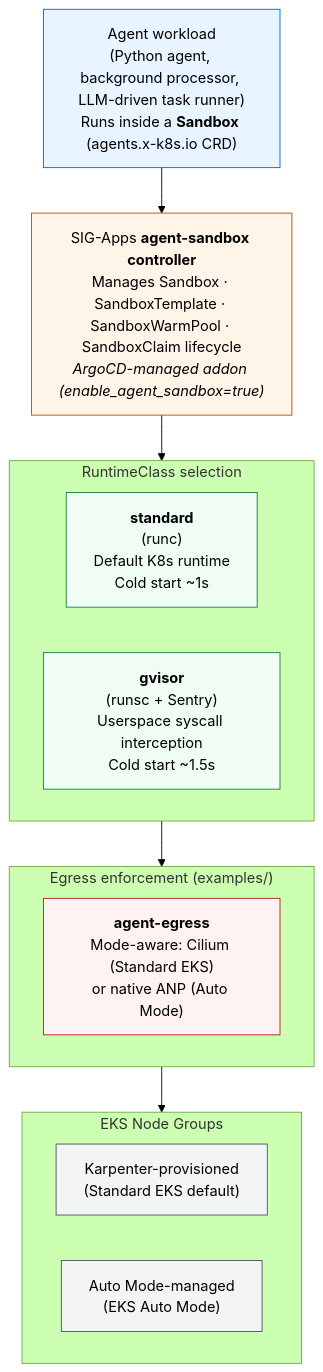
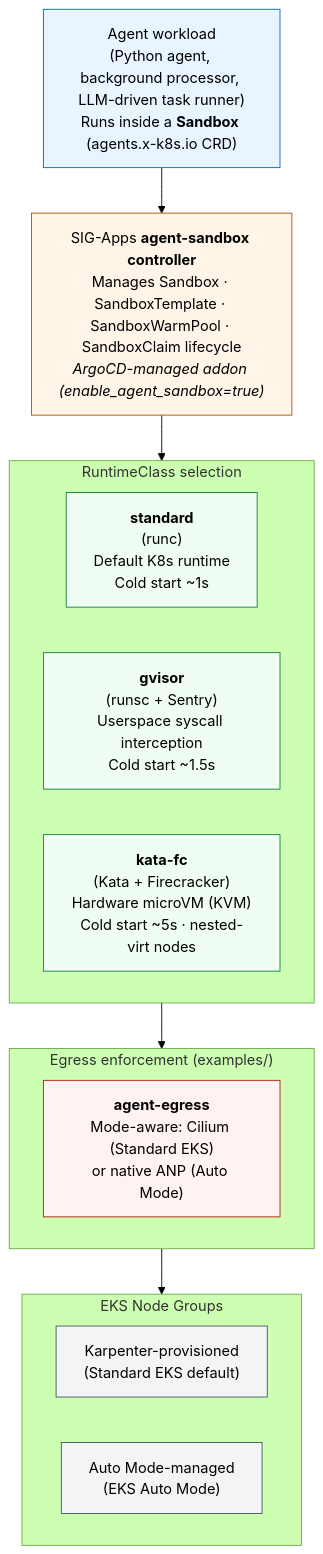
The diagram in website/docs/infra/agents/agent-sandbox.md (awslabs/ai-on-eks), drawn with Mermaid (forest theme) before and after one commit. The commit also changed other lines of this file and 11 other files, not shown here.

````diff
--- a/website/docs/infra/agents/agent-sandbox.md
+++ b/website/docs/infra/agents/agent-sandbox.md
@@ -27,34 +27,35 @@
 ```mermaid
 flowchart TB
     classDef workload fill:#e8f4ff,stroke:#0366d6,color:#000
     classDef controller fill:#fff4e8,stroke:#b45309,color:#000
     classDef runtime fill:#f0fdf4,stroke:#15803d,color:#000
     classDef egress fill:#fef2f2,stroke:#b91c1c,color:#000
     classDef node fill:#f3f4f6,stroke:#4b5563,color:#000
 
     A["Agent workload<br/>(Python agent, background processor, LLM-driven task runner)<br/>Runs inside a <b>Sandbox</b> (agents.x-k8s.io CRD)"]:::workload
 
     B["SIG-Apps <b>agent-sandbox controller</b><br/>Manages Sandbox · SandboxTemplate · SandboxWarmPool · SandboxClaim lifecycle<br/><i>ArgoCD-managed addon (enable_agent_sandbox=true)</i>"]:::controller
 
     subgraph C["RuntimeClass selection"]
         direction LR
         C1["<b>standard</b><br/>(runc)<br/>Default K8s runtime<br/>Cold start ~1s"]:::runtime
         C2["<b>gvisor</b><br/>(runsc + Sentry)<br/>Userspace syscall interception<br/>Cold start ~1.5s"]:::runtime
+        C3["<b>kata-fc</b><br/>(Kata + Firecracker)<br/>Hardware microVM (KVM)<br/>Cold start ~5s · nested-virt nodes"]:::runtime
     end
 
     subgraph D["Egress enforcement (examples/)"]
         direction LR
         D1["<b>agent-egress</b><br/>Mode-aware: Cilium (Standard EKS)<br/>or native ANP (Auto Mode)"]:::egress
     end
 
     subgraph E["EKS Node Groups"]
         direction LR
         E1["Karpenter-provisioned<br/>(Standard EKS default)"]:::node
         E2["Auto Mode-managed<br/>(EKS Auto Mode)"]:::node
     end
 
     A --> B
     B --> C
     C --> D
     D --> E
 ```
````
